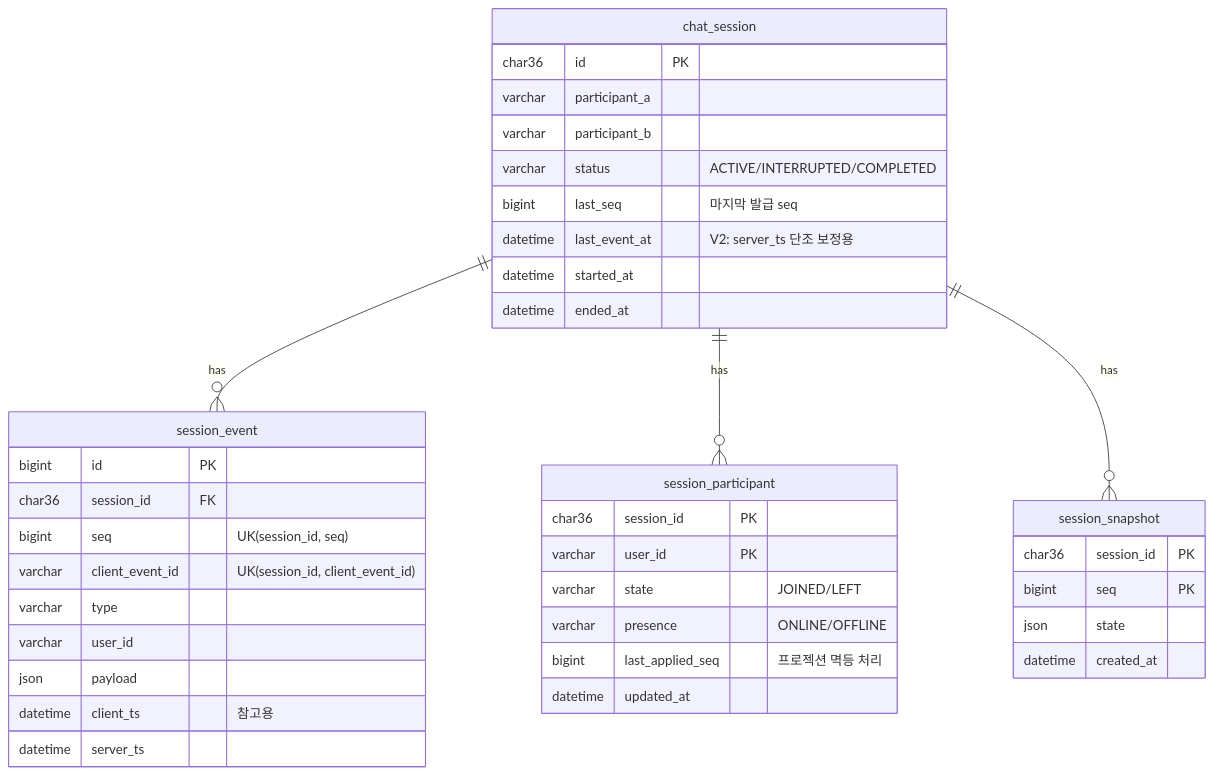
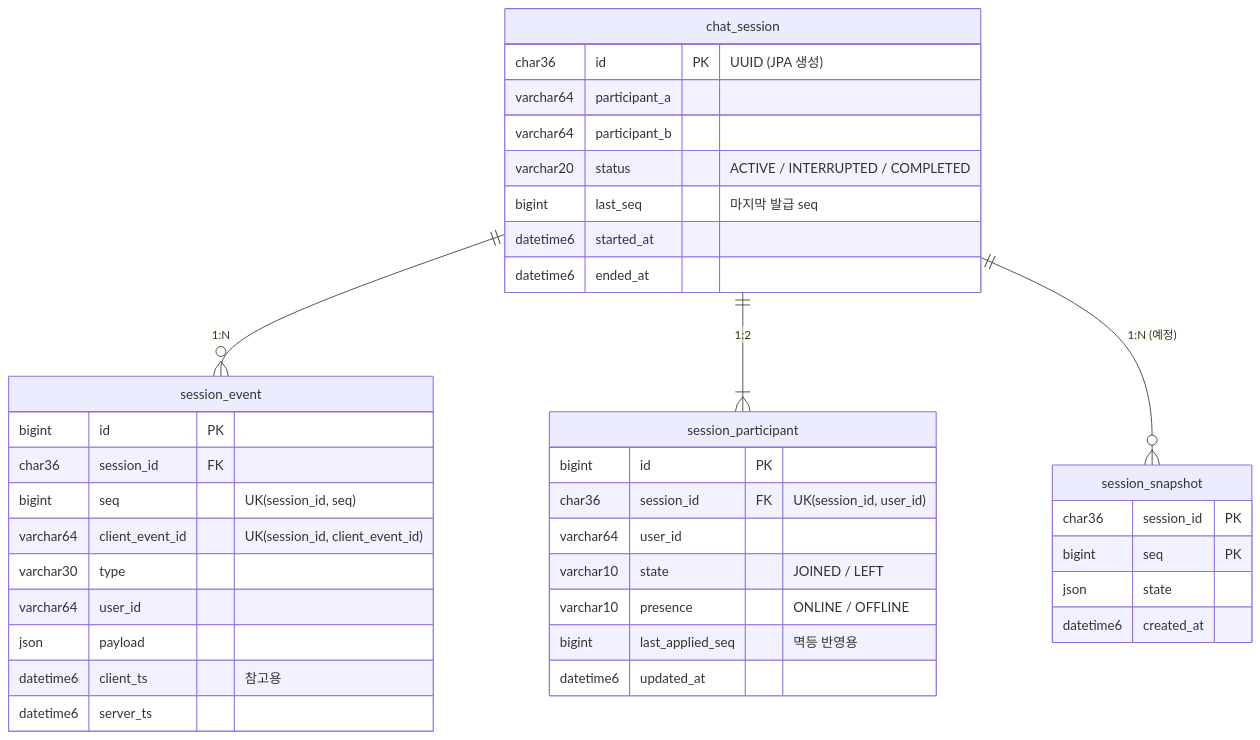
One commit to hkyoo988/Tech-Assignment-20260929 changed the diagram in docs/01-domain-and-erd.md. Above: the diagram before and after it, drawn with Mermaid. The commit also changed other lines of this file and 7 other files, not shown here.

````diff
--- a/docs/01-domain-and-erd.md
+++ b/docs/01-domain-and-erd.md
@@ -28,42 +43,42 @@
 ```mermaid
 erDiagram
-    chat_session ||--o{ session_event : "has"
-    chat_session ||--o{ session_participant : "has"
-    chat_session ||--o{ session_snapshot : "has"
+    chat_session ||--o{ session_event : "1:N"
+    chat_session ||--|{ session_participant : "1:2"
+    chat_session ||--o{ session_snapshot : "1:N (예정)"
 
     chat_session {
-        char36 id PK
-        varchar participant_a
-        varchar participant_b
-        varchar status "ACTIVE/INTERRUPTED/COMPLETED"
+        char36 id PK "UUID (JPA 생성)"
+        varchar64 participant_a
+        varchar64 participant_b
+        varchar20 status "ACTIVE / INTERRUPTED / COMPLETED"
         bigint last_seq "마지막 발급 seq"
-        datetime last_event_at "V2: server_ts 단조 보정용"
-        datetime started_at
-        datetime ended_at
+        datetime6 started_at
+        datetime6 ended_at
     }
     session_event {
         bigint id PK
         char36 session_id FK
         bigint seq "UK(session_id, seq)"
-        varchar client_event_id "UK(session_id, client_event_id)"
-        varchar type
-        varchar user_id
+        varchar64 client_event_id "UK(session_id, client_event_id)"
+        varchar30 type
+        varchar64 user_id
         json payload
-        datetime client_ts "참고용"
-        datetime server_ts
+        datetime6 client_ts "참고용"
+        datetime6 server_ts
     }
     session_participant {
-        char36 session_id PK
-        varchar user_id PK
-        varchar state "JOINED/LEFT"
-        varchar presence "ONLINE/OFFLINE"
-        bigint last_applied_seq "프로젝션 멱등 처리"
-        datetime updated_at
+        bigint id PK
+        char36 session_id FK "UK(session_id, user_id)"
+        varchar64 user_id
+        varchar10 state "JOINED / LEFT"
+        varchar10 presence "ONLINE / OFFLINE"
+        bigint last_applied_seq "멱등 반영용"
+        datetime6 updated_at
     }
     session_snapshot {
         char36 session_id PK
         bigint seq PK
         json state
-        datetime created_at
+        datetime6 created_at
     }
 ```
````
